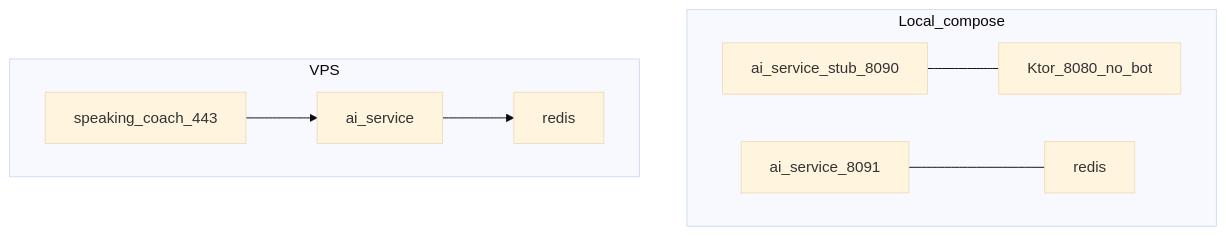
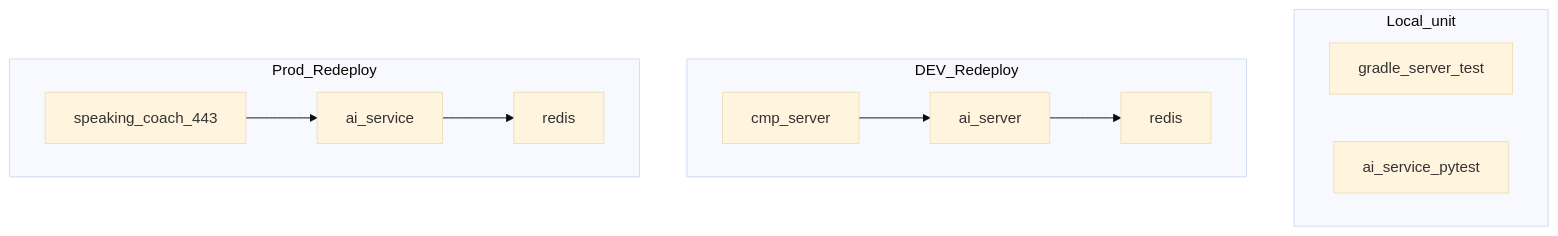
One commit to greenblat17/1billion-dollar-startup changed the fourth of 4 diagrams in ai_docs/architecture.md. Above: the diagram before and after it, drawn with Mermaid (base theme). The commit also changed other lines of this file and 33 other files, not shown here.

````diff
--- a/ai_docs/architecture.md
+++ b/ai_docs/architecture.md
@@ -115,18 +114,21 @@
 ```mermaid
 flowchart TB
-  subgraph local [Local_compose]
-    stub[ai_service_stub_8090]
-    ktorLocal[Ktor_8080_no_bot]
-    llmProfile[ai_service_8091]
-    redisLocal[redis]
-    stub --- ktorLocal
-    llmProfile --- redisLocal
+  subgraph local [Local_unit]
+    gradle[gradle_server_test]
+    pytest[ai_service_pytest]
   end
 
-  subgraph vps [VPS]
+  subgraph dev [DEV_Redeploy]
+    ktorDev[cmp_server]
+    aiDev[ai_server]
+    redisDev[redis]
+    ktorDev --> aiDev --> redisDev
+  end
+
+  subgraph vps [Prod_Redeploy]
     ktorProd[speaking_coach_443]
     aiProd[ai_service]
     redisProd[redis]
     ktorProd --> aiProd --> redisProd
   end
 ```
````
